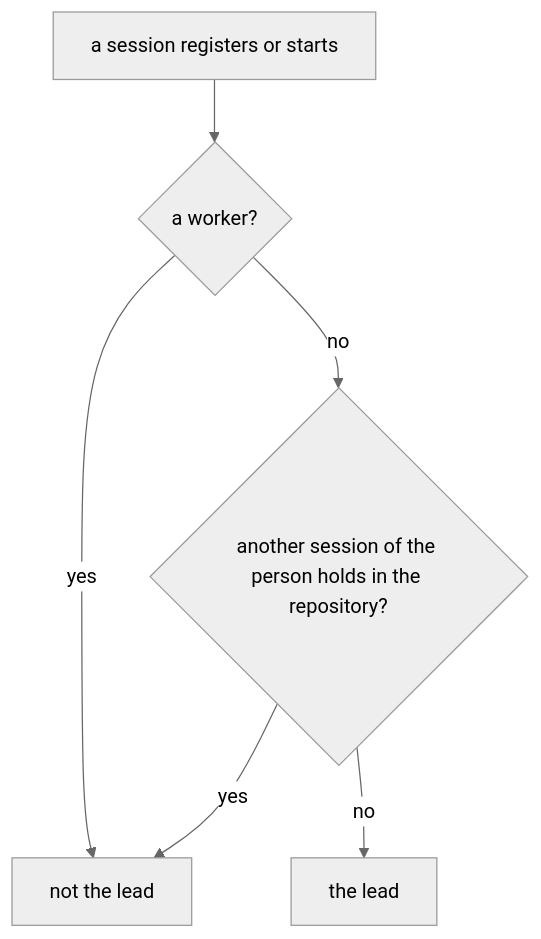
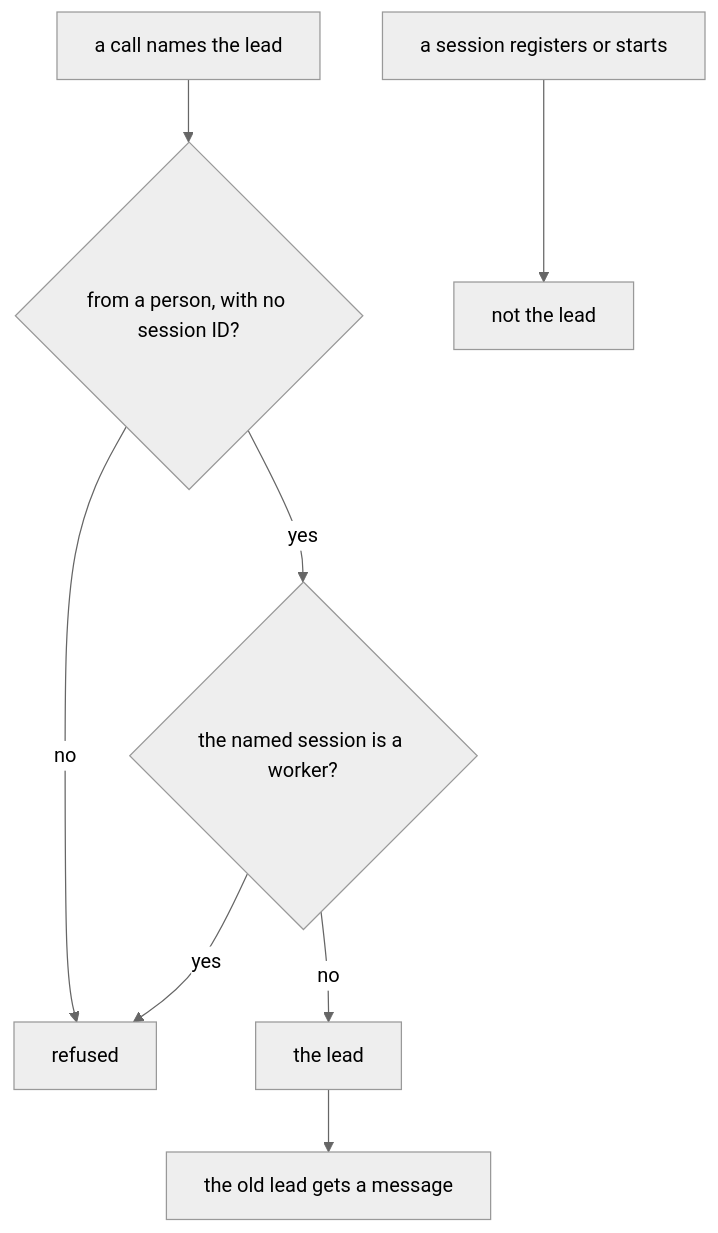
Diagram 48 of 57 in docs/src/how-it-works.md (como-technologies/riff), drawn with Mermaid (neutral theme) before and after one commit. The commit also changed other lines of this file and 61 other files, not shown here.

First line of the commit message:
Only riff lead start or the person sets the lead (#1308)

````diff
--- a/docs/src/how-it-works.md
+++ b/docs/src/how-it-works.md
@@ -3361,8 +3349,10 @@
 ```mermaid
 flowchart TD
-    S[a session registers or starts] --> W{a worker?}
-    W -- yes --> N[not the lead]
-    W -- no --> F{another session of the person holds in the repository?}
-    F -- yes --> N
-    F -- no --> L[the lead]
+    C[a call names the lead] --> P{from a person, with no session ID?}
+    P -- no --> R[refused]
+    P -- yes --> W{the named session is a worker?}
+    W -- yes --> R
+    W -- no --> L[the lead]
+    L --> O[the old lead gets a message]
+    S[a session registers or starts] --> N[not the lead]
 ```
````
